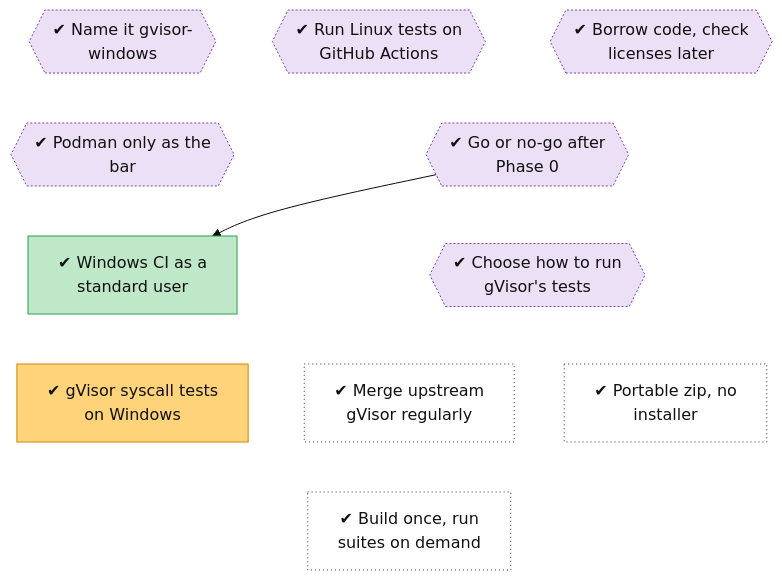
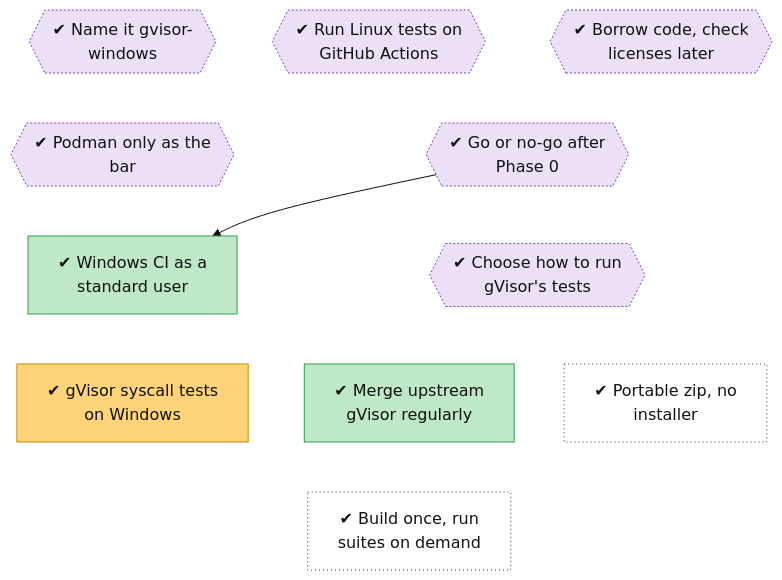
The diagram in docs/roadmap/tracks/ops.md (lhns/gvisor-windows), drawn with Mermaid (base theme) before and after one commit. The commit also changed other lines of this file and 5 other files, not shown here.

````diff
--- a/docs/roadmap/tracks/ops.md
+++ b/docs/roadmap/tracks/ops.md
@@ -10,44 +10,44 @@
 ```mermaid
 flowchart TB
     ops_name_and_fork{{"✔ Name it gvisor-<br/>windows"}}
     ops_linux_tests_on_actions{{"✔ Run Linux tests on<br/>GitHub Actions"}}
     ops_borrow_code{{"✔ Borrow code, check<br/>licenses later"}}
     ops_podman_only_the_bar{{"✔ Podman only as the<br/>bar"}}
     ops_phase0_go_no_go{{"✔ Go or no-go after<br/>Phase 0"}}
     ops_windows_ci_standard_user["✔ Windows CI as a<br/>standard user"]
     ops_syscall_test_strategy{{"✔ Choose how to run<br/>gVisor's tests"}}
     ops_syscall_tests_on_windows["✔ gVisor syscall tests<br/>on Windows"]
     ops_upstream_merges["✔ Merge upstream<br/>gVisor regularly"]
     ops_portable_packaging["✔ Portable zip, no<br/>installer"]
     ops_ci_build_once["✔ Build once, run<br/>suites on demand"]
     ops_name_and_fork ~~~ ops_podman_only_the_bar
     ops_linux_tests_on_actions ~~~ ops_phase0_go_no_go
     ops_borrow_code ~~~ ops_phase0_go_no_go
     ops_podman_only_the_bar ~~~ ops_windows_ci_standard_user
     ops_phase0_go_no_go ~~~ ops_syscall_test_strategy
     ops_windows_ci_standard_user ~~~ ops_syscall_tests_on_windows
     ops_syscall_test_strategy ~~~ ops_upstream_merges
     ops_syscall_test_strategy ~~~ ops_portable_packaging
     ops_syscall_tests_on_windows ~~~ ops_ci_build_once
     ops_upstream_merges ~~~ ops_ci_build_once
     ops_portable_packaging ~~~ ops_ci_build_once
     ops_phase0_go_no_go --> ops_windows_ci_standard_user
     classDef vsucc fill:#2e9e4f,stroke:#1b6b34,color:#fff
     classDef succ fill:#bfe8c8,stroke:#2e9e4f,color:#111
     classDef mixed fill:#ffd37a,stroke:#c98a00,color:#111
     classDef bad fill:#f28b82,stroke:#b3261e,color:#111
     classDef dead fill:#e6e6e6,stroke:#777,stroke-dasharray:5 5,color:#555
     classDef inprog fill:#a8cdf5,stroke:#1f6fc5,color:#111
     classDef next fill:#fff,stroke:#333,color:#111
     classDef blocked fill:#fff,stroke:#b3261e,stroke-dasharray:2 2,color:#111
     classDef parked fill:#f3f3f3,stroke:#999,color:#555
     classDef unrated fill:#fff,stroke:#333,stroke-dasharray:1 3,color:#111
     classDef gate fill:#d9c2f0,stroke:#7b3fb5,color:#111
     classDef decided fill:#ece0f7,stroke:#7b3fb5,stroke-dasharray:2 2,color:#111
     classDef finding fill:#ffe0b2,stroke:#d84315,stroke-width:2px,color:#111
     classDef waiting fill:#e3f2fd,stroke:#1f6fc5,stroke-dasharray:5 5,color:#111
     class ops_name_and_fork,ops_linux_tests_on_actions,ops_borrow_code,ops_podman_only_the_bar,ops_phase0_go_no_go,ops_syscall_test_strategy decided
-    class ops_windows_ci_standard_user succ
+    class ops_windows_ci_standard_user,ops_upstream_merges succ
     class ops_syscall_tests_on_windows mixed
-    class ops_upstream_merges,ops_portable_packaging,ops_ci_build_once unrated
+    class ops_portable_packaging,ops_ci_build_once unrated
 ```
````
